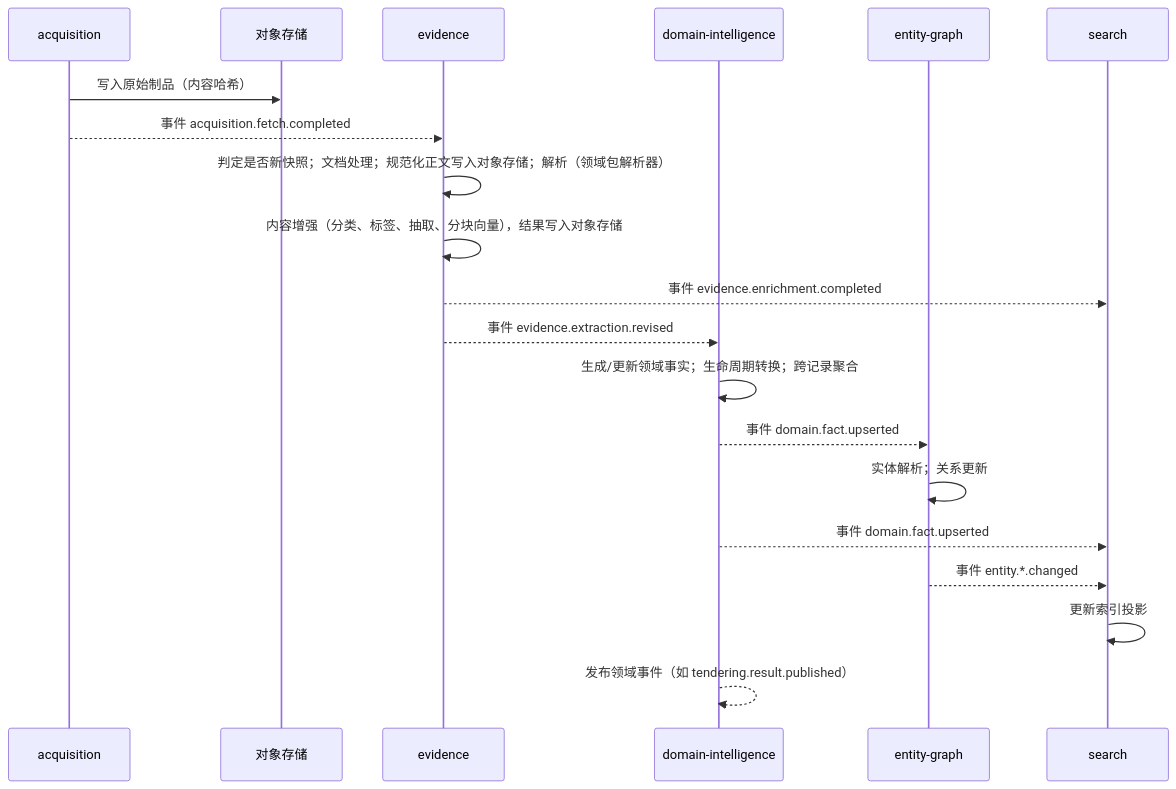
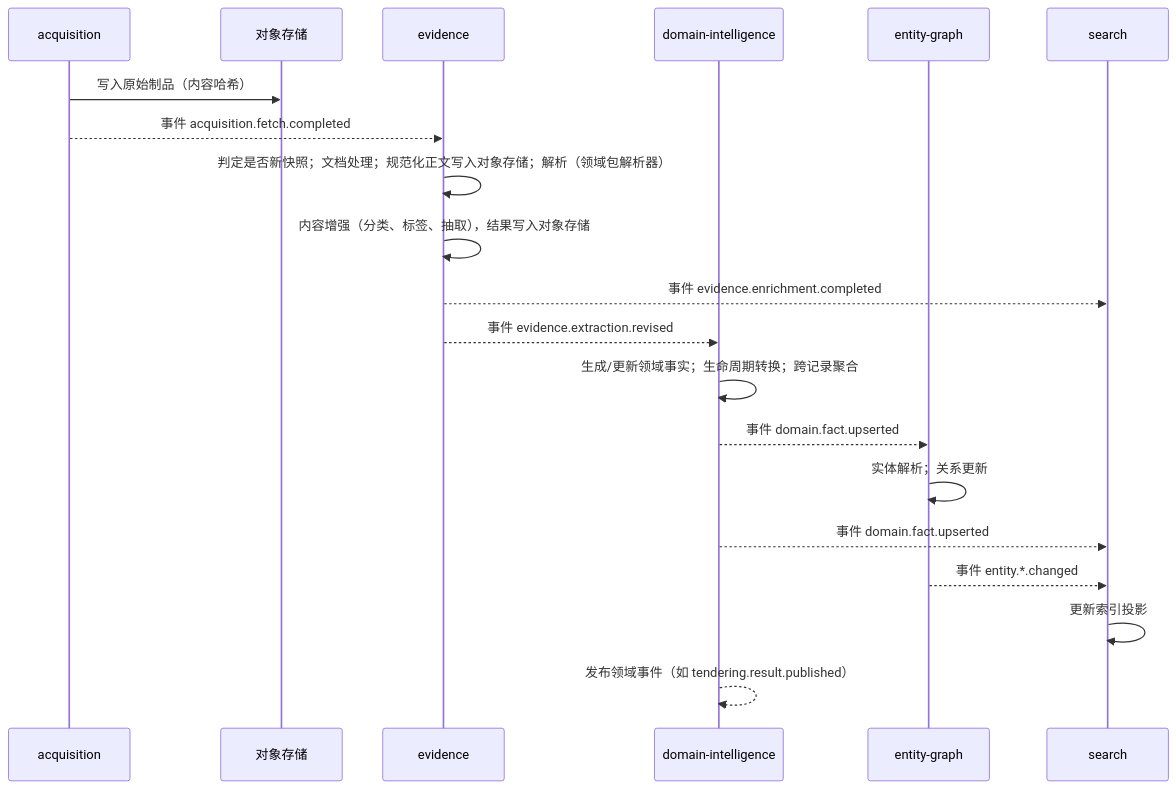
The second of 4 diagrams in docs/03-architecture/01-architecture-overview.md (SuperAILabs/MiaoQia), drawn with Mermaid before and after one commit. The commit also changed 35 other files, not shown here.

````diff
--- a/docs/03-architecture/01-architecture-overview.md
+++ b/docs/03-architecture/01-architecture-overview.md
@@ -116,22 +116,22 @@
 ```mermaid
 sequenceDiagram
   participant ACQ as acquisition
   participant OBJ as 对象存储
   participant EVD as evidence
   participant DOM as domain-intelligence
   participant ENT as entity-graph
   participant SRH as search
   ACQ->>OBJ: 写入原始制品（内容哈希）
   ACQ-->>EVD: 事件 acquisition.fetch.completed
   EVD->>EVD: 判定是否新快照；文档处理；规范化正文写入对象存储；解析（领域包解析器）
-  EVD->>EVD: 内容增强（分类、标签、抽取、分块向量），结果写入对象存储
+  EVD->>EVD: 内容增强（分类、标签、抽取），结果写入对象存储
   EVD-->>SRH: 事件 evidence.enrichment.completed
   EVD-->>DOM: 事件 evidence.extraction.revised
   DOM->>DOM: 生成/更新领域事实；生命周期转换；跨记录聚合
   DOM-->>ENT: 事件 domain.fact.upserted
   ENT->>ENT: 实体解析；关系更新
   DOM-->>SRH: 事件 domain.fact.upserted
   ENT-->>SRH: 事件 entity.*.changed
   SRH->>SRH: 更新索引投影
   DOM-->>DOM: 发布领域事件（如 tendering.result.published）
 ```
````
